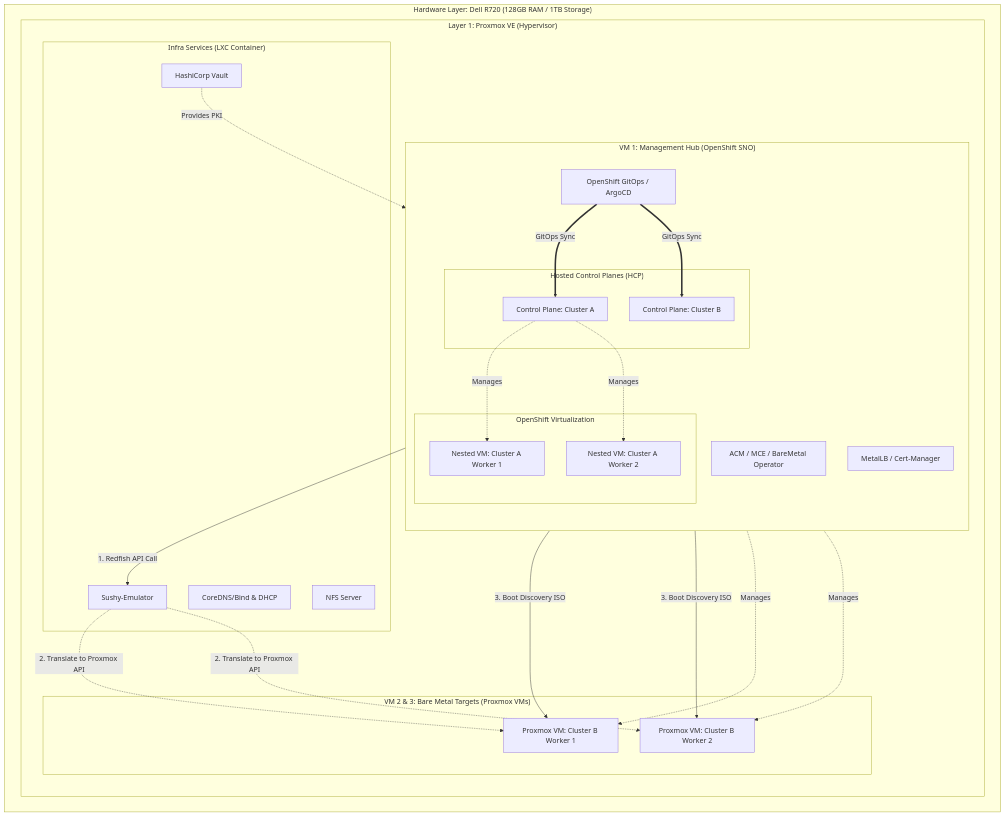
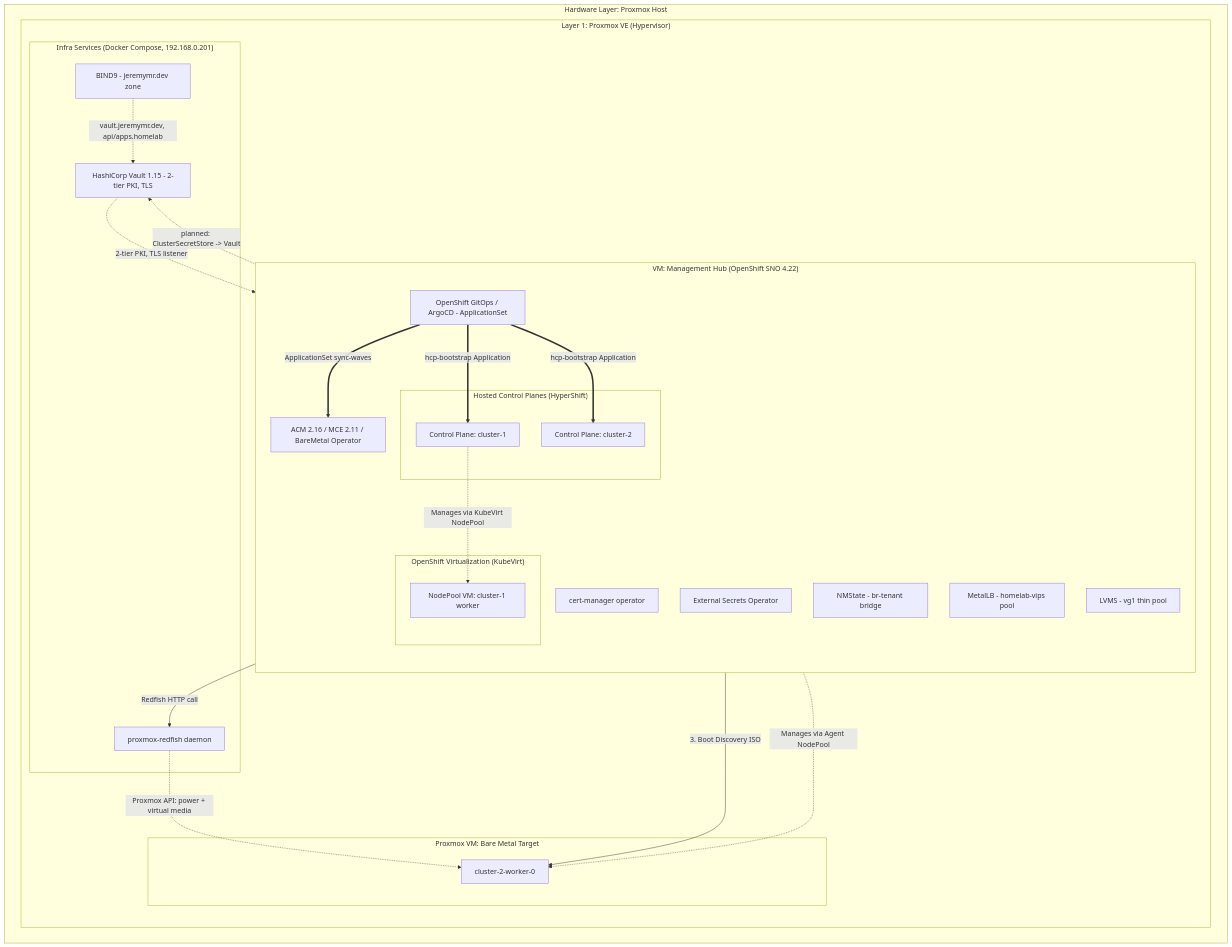
Before and after one commit to jeremy-misola/openshift-lab: the diagram in docs/architecture.md, drawn with Mermaid. The commit also changed other lines of this file and 5 other files, not shown here.

````diff
--- a/docs/architecture.md
+++ b/docs/architecture.md
@@ -10,54 +10,54 @@
 ```mermaid
 graph TD
-    subgraph "Hardware Layer: Dell R720 (128GB RAM / 1TB Storage)"
-        
+    subgraph "Hardware Layer: Proxmox Host"
+
         subgraph "Layer 1: Proxmox VE (Hypervisor)"
-            
-            subgraph "Infra Services (LXC Container)"
-                DNS[CoreDNS/Bind & DHCP]
-                Vault[HashiCorp Vault]
-                Sushy[Sushy-Emulator]
-                NFS[NFS Server]
+
+            subgraph "Infra Services (Docker Compose, 192.168.0.201)"
+                DNS[BIND9 - jeremymr.dev zone]
+                Vault[HashiCorp Vault 1.15 - 2-tier PKI, TLS]
+                Redfish[proxmox-redfish daemon]
             end
 
-            subgraph "VM 1: Management Hub (OpenShift SNO)"
+            subgraph "VM: Management Hub (OpenShift SNO 4.22)"
                 direction TB
-                Argo[OpenShift GitOps / ArgoCD]
-                ACM[ACM / MCE / BareMetal Operator]
-                MetalLB[MetalLB / Cert-Manager]
-                
-                subgraph "Hosted Control Planes (HCP)"
-                    HCP_A[Control Plane: Cluster A]
-                    HCP_B[Control Plane: Cluster B]
+                Argo[OpenShift GitOps / ArgoCD - ApplicationSet]
+                ACM[ACM 2.16 / MCE 2.11 / BareMetal Operator]
+                CM[cert-manager operator]
+                ESO[External Secrets Operator]
+                NMState[NMState - br-tenant bridge]
+                MetalLB[MetalLB - homelab-vips pool]
+                LVMS[LVMS - vg1 thin pool]
+
+                subgraph "Hosted Control Planes (HyperShift)"
+                    HCP_1[Control Plane: cluster-1]
+                    HCP_2[Control Plane: cluster-2]
                 end
 
-                subgraph "OpenShift Virtualization"
-                    Worker_A1[Nested VM: Cluster A Worker 1]
-                    Worker_A2[Nested VM: Cluster A Worker 2]
+                subgraph "OpenShift Virtualization (KubeVirt)"
+                    Worker_1[NodePool VM: cluster-1 worker]
                 end
             end
 
-            subgraph "VM 2 & 3: Bare Metal Targets (Proxmox VMs)"
-                Worker_B1[Proxmox VM: Cluster B Worker 1]
-                Worker_B2[Proxmox VM: Cluster B Worker 2]
+            subgraph "Proxmox VM: Bare Metal Target"
+                Worker_2[cluster-2-worker-0]
             end
         end
     end
 
     %% Networking and Control Flows
-    Argo == GitOps Sync ==> HCP_A
-    Argo == GitOps Sync ==> HCP_B
-    
-    ACM -- "1. Redfish API Call" --> Sushy
-    Sushy -. "2. Translate to Proxmox API" .-> Worker_B1
-    Sushy -. "2. Translate to Proxmox API" .-> Worker_B2
-    ACM -- "3. Boot Discovery ISO" --> Worker_B1
-    ACM -- "3. Boot Discovery ISO" --> Worker_B2
+    Argo == "ApplicationSet sync-waves" ==> ACM
+    Argo == "hcp-bootstrap Application" ==> HCP_1
+    Argo == "hcp-bootstrap Application" ==> HCP_2
 
-    HCP_A -. "Manages" .-> Worker_A1
-    HCP_A -. "Manages" .-> Worker_A2
-    HCP_B -. "Manages" .-> Worker_B1
-    HCP_B -. "Manages" .-> Worker_B2
-    
-    Vault -. "Provides PKI" .-> MetalLB
+    ACM -- "Redfish HTTP call" --> Redfish
+    Redfish -. "Proxmox API: power + virtual media" .-> Worker_2
+    ACM -- "3. Boot Discovery ISO" --> Worker_2
+
+    HCP_1 -. "Manages via KubeVirt NodePool" .-> Worker_1
+    HCP_2 -. "Manages via Agent NodePool" .-> Worker_2
+
+    Vault -. "2-tier PKI, TLS listener" .-> CM
+    ESO -. "planned: ClusterSecretStore -> Vault" .-> Vault
+    DNS -. "vault.jeremymr.dev, api/apps.homelab" .-> Vault
 ```
````
